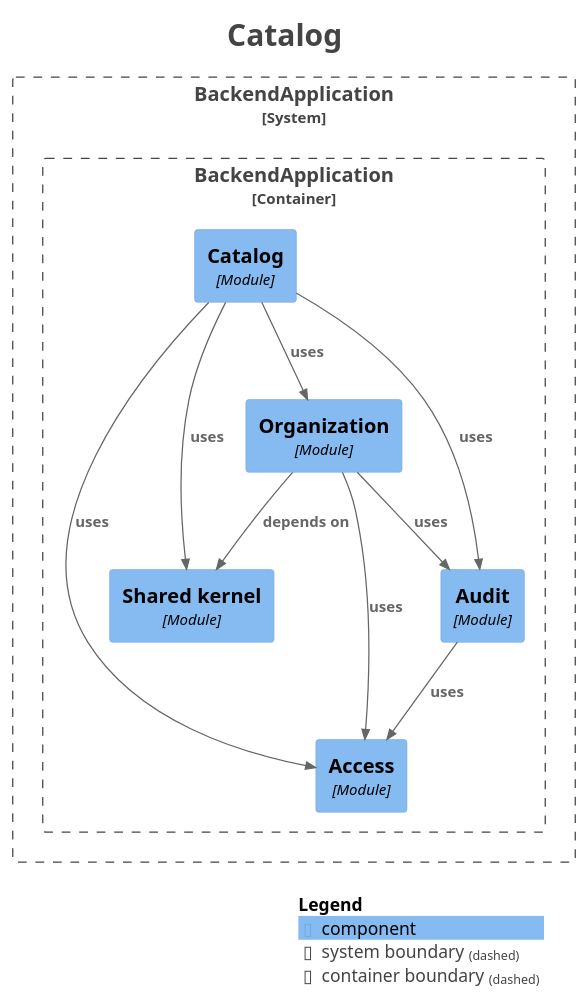
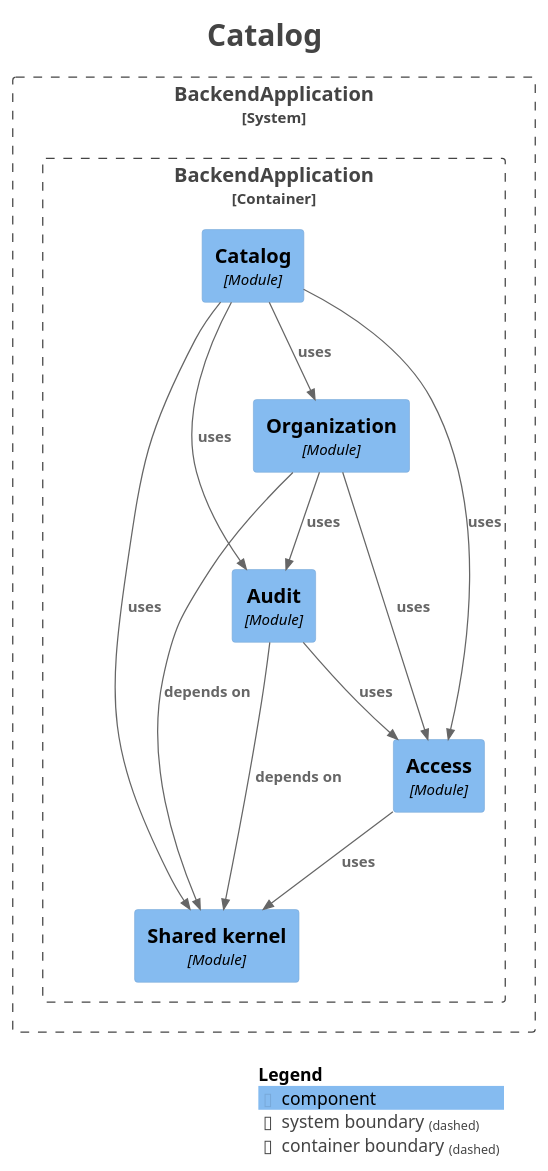
Before and after one commit to fxavier/restaurantePRO: the diagram in docs/architecture/modules/module-catalog.puml, drawn with PlantUML. The commit also changed 28 other files, not shown here.

First line of the commit message:
docs(architecture): regenerate the Modulith module docs for R3

```diff
--- a/docs/architecture/modules/module-catalog.puml
+++ b/docs/architecture/modules/module-catalog.puml
@@ -1,40 +1,42 @@
 @startuml
 title <size:24>Catalog</size>
 
 set separator none
 top to bottom direction
 
 <style>
   root {
     BackgroundColor: #ffffff
     FontColor: #444444
   }
 </style>
 
 !include <C4/C4>
 !include <C4/C4_Context>
 !include <C4/C4_Component>
 
 System_Boundary("BackendApplication_boundary", "BackendApplication", $tags="") {
   Container_Boundary("BackendApplication.BackendApplication_boundary", "BackendApplication", $tags="") {
+    Component(BackendApplication.BackendApplication.Sharedkernel, "Shared kernel", $techn="Module", $descr="", $tags="", $link="")
     Component(BackendApplication.BackendApplication.Access, "Access", $techn="Module", $descr="", $tags="", $link="")
-    Component(BackendApplication.BackendApplication.Sharedkernel, "Shared kernel", $techn="Module", $descr="", $tags="", $link="")
     Component(BackendApplication.BackendApplication.Audit, "Audit", $techn="Module", $descr="", $tags="", $link="")
     Component(BackendApplication.BackendApplication.Organization, "Organization", $techn="Module", $descr="", $tags="", $link="")
     Component(BackendApplication.BackendApplication.Catalog, "Catalog", $techn="Module", $descr="", $tags="", $link="")
   }
 
 }
 
+Rel(BackendApplication.BackendApplication.Organization, BackendApplication.BackendApplication.Sharedkernel, "depends on", $techn="", $tags="", $link="")
+Rel(BackendApplication.BackendApplication.Organization, BackendApplication.BackendApplication.Audit, "uses", $techn="", $tags="", $link="")
+Rel(BackendApplication.BackendApplication.Organization, BackendApplication.BackendApplication.Access, "uses", $techn="", $tags="", $link="")
+Rel(BackendApplication.BackendApplication.Audit, BackendApplication.BackendApplication.Sharedkernel, "depends on", $techn="", $tags="", $link="")
 Rel(BackendApplication.BackendApplication.Audit, BackendApplication.BackendApplication.Access, "uses", $techn="", $tags="", $link="")
-Rel(BackendApplication.BackendApplication.Catalog, BackendApplication.BackendApplication.Sharedkernel, "uses", $techn="", $tags="", $link="")
+Rel(BackendApplication.BackendApplication.Access, BackendApplication.BackendApplication.Sharedkernel, "uses", $techn="", $tags="", $link="")
 Rel(BackendApplication.BackendApplication.Catalog, BackendApplication.BackendApplication.Access, "uses", $techn="", $tags="", $link="")
 Rel(BackendApplication.BackendApplication.Catalog, BackendApplication.BackendApplication.Audit, "uses", $techn="", $tags="", $link="")
 Rel(BackendApplication.BackendApplication.Catalog, BackendApplication.BackendApplication.Organization, "uses", $techn="", $tags="", $link="")
-Rel(BackendApplication.BackendApplication.Organization, BackendApplication.BackendApplication.Sharedkernel, "depends on", $techn="", $tags="", $link="")
-Rel(BackendApplication.BackendApplication.Organization, BackendApplication.BackendApplication.Audit, "uses", $techn="", $tags="", $link="")
-Rel(BackendApplication.BackendApplication.Organization, BackendApplication.BackendApplication.Access, "uses", $techn="", $tags="", $link="")
+Rel(BackendApplication.BackendApplication.Catalog, BackendApplication.BackendApplication.Sharedkernel, "uses", $techn="", $tags="", $link="")
 
 SHOW_LEGEND(true)
 hide stereotypes
 @enduml
```
